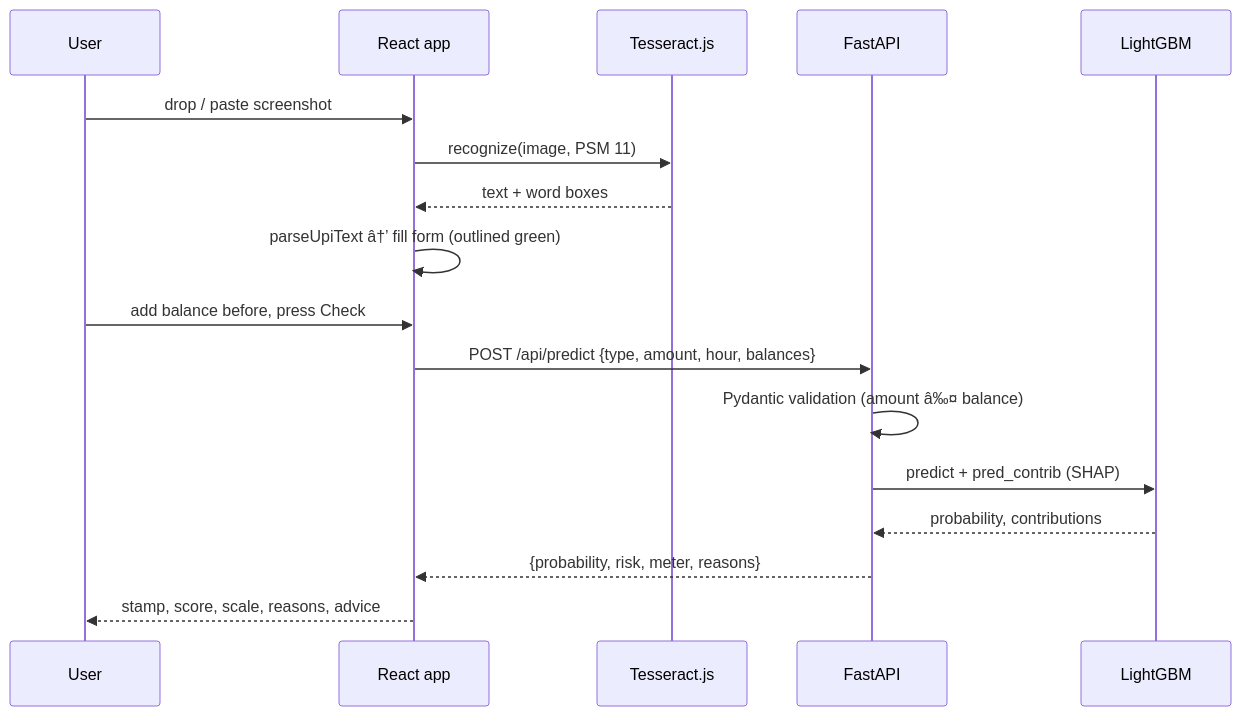
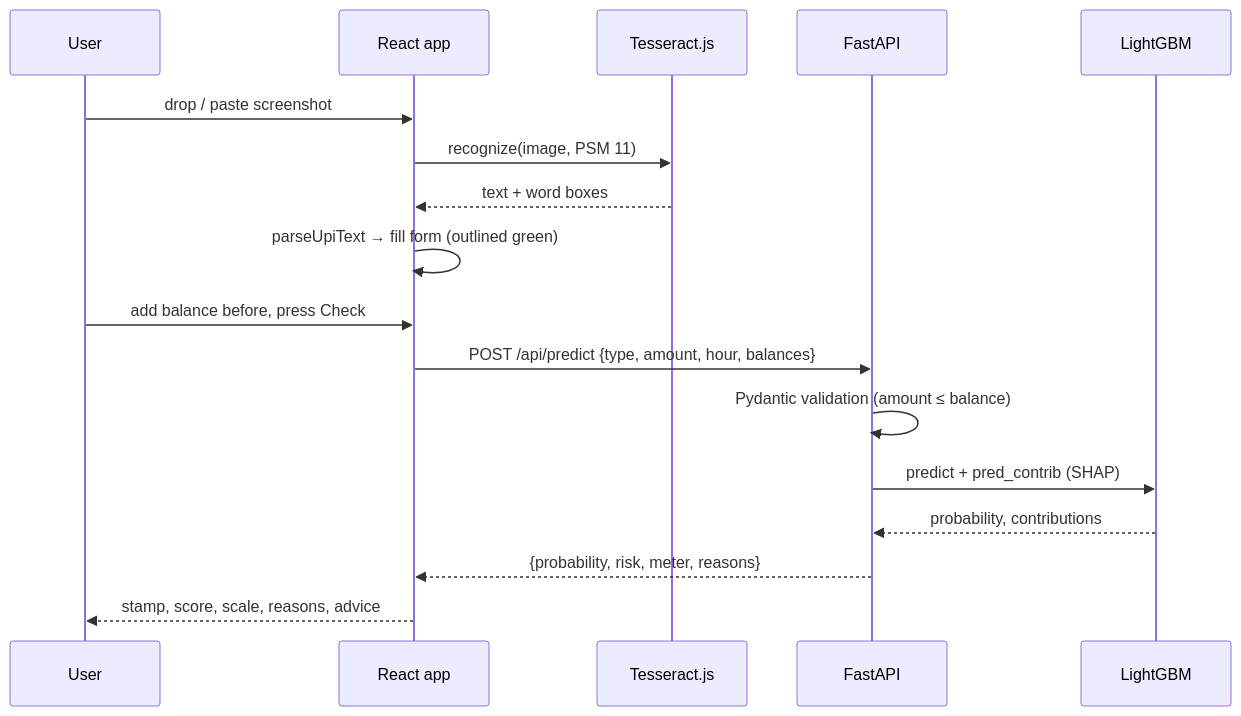
One commit to PrathmeshPawar2110/UPI_Fraud_Detection changed the second of 2 diagrams in docs/TRD.md. Above: the diagram before and after it, drawn with Mermaid. The commit also changed other lines of this file, not shown here.

````diff
--- a/docs/TRD.md
+++ b/docs/TRD.md
@@ -88,19 +88,19 @@
 ```mermaid
 sequenceDiagram
     participant User
     participant UI as React app
     participant OCR as Tesseract.js
     participant API as FastAPI
     participant LGB as LightGBM
     User->>UI: drop / paste screenshot
     UI->>OCR: recognize(image, PSM 11)
     OCR-->>UI: text + word boxes
-    UI->>UI: parseUpiText â†’ fill form (outlined green)
+    UI->>UI: parseUpiText → fill form (outlined green)
     User->>UI: add balance before, press Check
     UI->>API: POST /api/predict {type, amount, hour, balances}
-    API->>API: Pydantic validation (amount â‰¤ balance)
+    API->>API: Pydantic validation (amount ≤ balance)
     API->>LGB: predict + pred_contrib (SHAP)
     LGB-->>API: probability, contributions
     API-->>UI: {probability, risk, meter, reasons}
     UI-->>User: stamp, score, scale, reasons, advice
 ```
````
